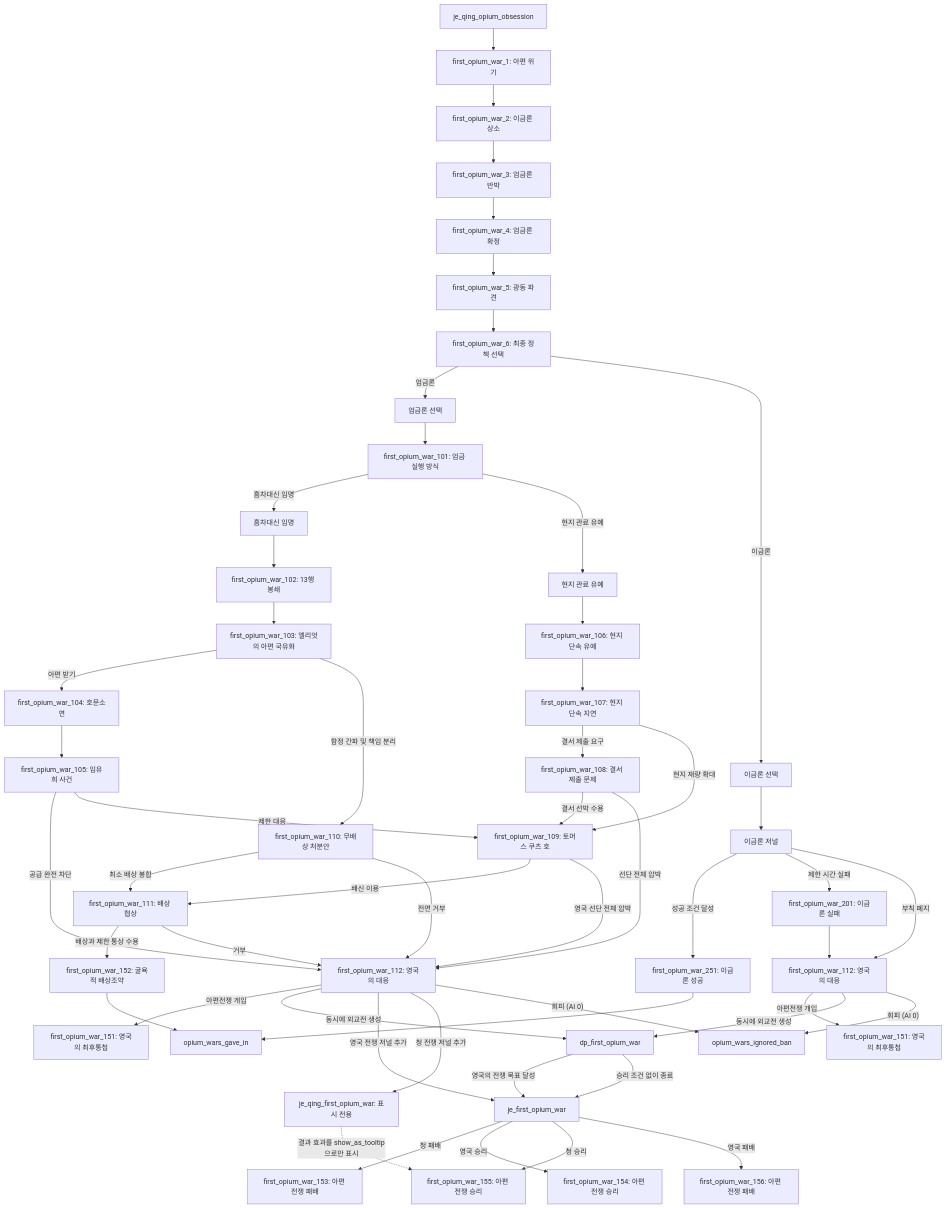
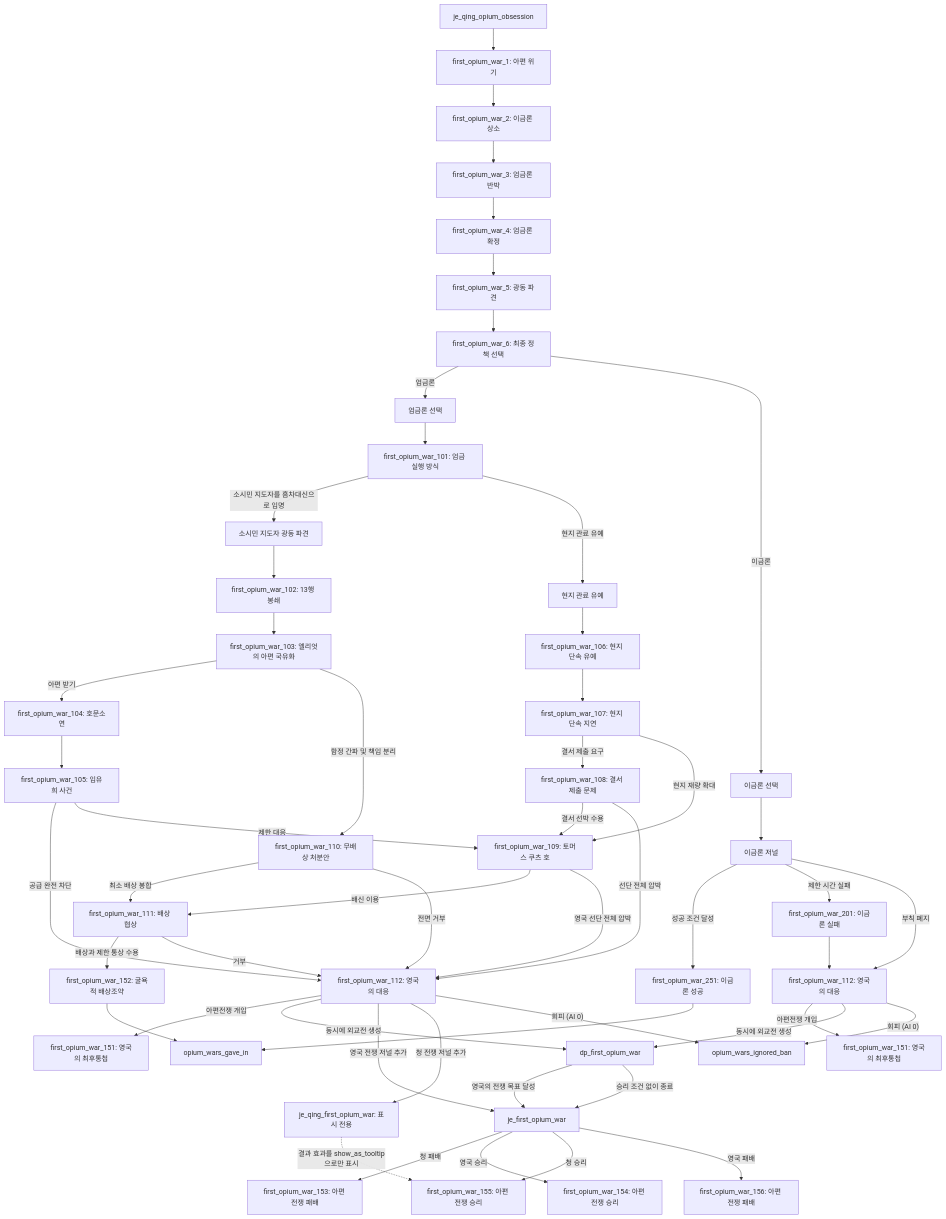
The diagram in documentation/first_opium_war_journal_plan.md (East-Asia-Flavor-Pack/East-Asia-Flavor-Pack), drawn with Mermaid before and after one commit. The commit also changed other lines of this file and 4 other files, not shown here.

````diff
--- a/documentation/first_opium_war_journal_plan.md
+++ b/documentation/first_opium_war_journal_plan.md
@@ -88,55 +88,55 @@
 ```mermaid
 flowchart TD
     JE["je_qing_opium_obsession"] --> E1["first_opium_war_1: 아편 위기"]
     E1 --> E2["first_opium_war_2: 이금론 상소"]
     E2 --> E3["first_opium_war_3: 엄금론 반박"]
     E3 --> E4["first_opium_war_4: 엄금론 확정"]
     E4 --> E5["first_opium_war_5: 광동 파견"]
     E5 --> E9["first_opium_war_6: 최종 정책 선택"]
     E9 -- "엄금론" --> STRICT["엄금론 선택"]
     E9 -- "이금론" --> LEGAL["이금론 선택"]
     STRICT --> E90["first_opium_war_101: 엄금 실행 방식"]
-    E90 -- "흠차대신 임명" --> COMM["흠차대신 임명"]
+    E90 -- "소시민 지도자를 흠차대신으로 임명" --> COMM["소시민 지도자 광동 파견"]
     E90 -- "현지 관료 유예" --> LOCAL["현지 관료 유예"]
     COMM --> E91["first_opium_war_102: 13행 봉쇄"]
     LOCAL --> E96["first_opium_war_106: 현지 단속 유예"]
     E91 --> E92["first_opium_war_103: 엘리엇의 아편 국유화"]
     E92 -- "아편 받기" --> E93["first_opium_war_104: 호문소연"]
     E92 -- "함정 간파 및 책임 분리" --> E111["first_opium_war_110: 무배상 처분안"]
     E111 -- "최소 배상 봉합" --> E98["first_opium_war_111: 배상 협상"]
     E111 -- "전면 거부" --> GBR2["first_opium_war_112: 영국의 대응"]
     E93 --> E94["first_opium_war_105: 임유희 사건"]
     E96 --> E112["first_opium_war_107: 현지 단속 지연"]
     E112 -- "결서 제출 요구" --> E113["first_opium_war_108: 결서 제출 문제"]
     E112 -- "현지 재량 확대" --> E97["first_opium_war_109: 토머스 쿠츠 호"]
     E113 -- "결서 선박 수용" --> E97
     E113 -- "선단 전체 압박" --> GBR2
     E94 -- "공급 완전 차단" --> GBR2
     E94 -- "제한 대응" --> E97
     E97 -- "배신 이용" --> E98
     E97 -- "영국 선단 전체 압박" --> GBR2
     E98 -- "배상과 제한 통상 수용" --> TREATY["first_opium_war_152: 굴욕적 배상조약"]
     E98 -- "거부" --> GBR2
     TREATY --> GIVEIN["opium_wars_gave_in"]
     GBR2 -- "아편전쟁 개입" --> ULT2["first_opium_war_151: 영국의 최후통첩"]
     GBR2 -- "동시에 외교전 생성" --> DP["dp_first_opium_war"]
     GBR2 -- "영국 전쟁 저널 추가" --> WJE["je_first_opium_war"]
     GBR2 -- "청 전쟁 저널 추가" --> QWJE["je_qing_first_opium_war: 표시 전용"]
     DP -- "영국의 전쟁 목표 달성" --> WJE
     WJE -- "청 패배" --> LOSS["first_opium_war_153: 아편 전쟁 패배"]
     WJE -- "영국 승리" --> WIN["first_opium_war_154: 아편 전쟁 승리"]
     DP -- "승리 조건 없이 종료" --> WJE
     WJE -- "청 승리" --> QWIN["first_opium_war_155: 아편 전쟁 승리"]
     WJE -- "영국 패배" --> BLOSS["first_opium_war_156: 아편 전쟁 패배"]
     QWJE -. "결과 효과를 show_as_tooltip으로만 표시" .-> QWIN
     GBR2 -- "회피 (AI 0)" --> IGNORE["opium_wars_ignored_ban"]
     LEGAL --> LJE["이금론 저널"]
     LJE -- "성공 조건 달성" --> E101["first_opium_war_251: 이금론 성공"]
     LJE -- "제한 시간 실패" --> E102["first_opium_war_201: 이금론 실패"]
     LJE -- "부칙 폐지" --> GBR["first_opium_war_112: 영국의 대응"]
     E101 --> GIVEIN
     E102 --> GBR
     GBR -- "아편전쟁 개입" --> ULT["first_opium_war_151: 영국의 최후통첩"]
     GBR -- "동시에 외교전 생성" --> DP
     GBR -- "회피 (AI 0)" --> IGNORE
 ```
````
